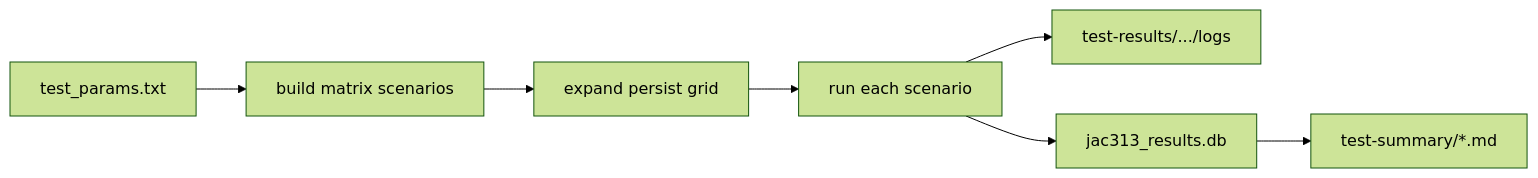
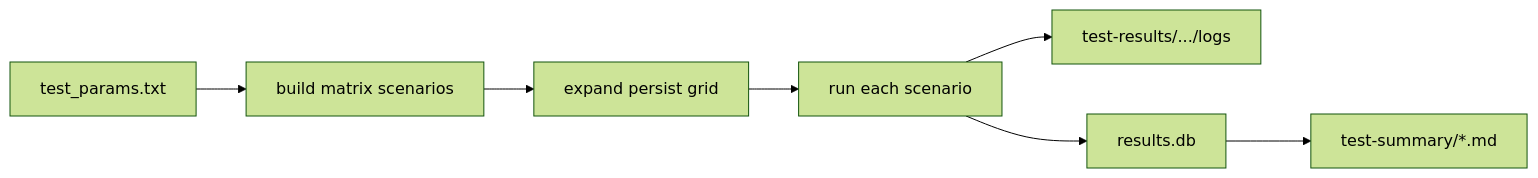
Before and after one commit to JayACarlsonAtHome/jac313: the second of 2 diagrams in v001/docs/Architecture.md, drawn with Mermaid (forest theme). The commit also changed other lines of this file and 4 other files, not shown here.

````diff
--- a/v001/docs/Architecture.md
+++ b/v001/docs/Architecture.md
@@ -87,9 +87,9 @@
 ```mermaid
 flowchart LR
     A[test_params.txt] --> B[build matrix scenarios]
     B --> C[expand persist grid]
     C --> D[run each scenario]
     D --> E[test-results/.../logs]
-    D --> F[jac313_results.db]
+    D --> F[results.db]
     F --> G[test-summary/*.md]
 ```
````
